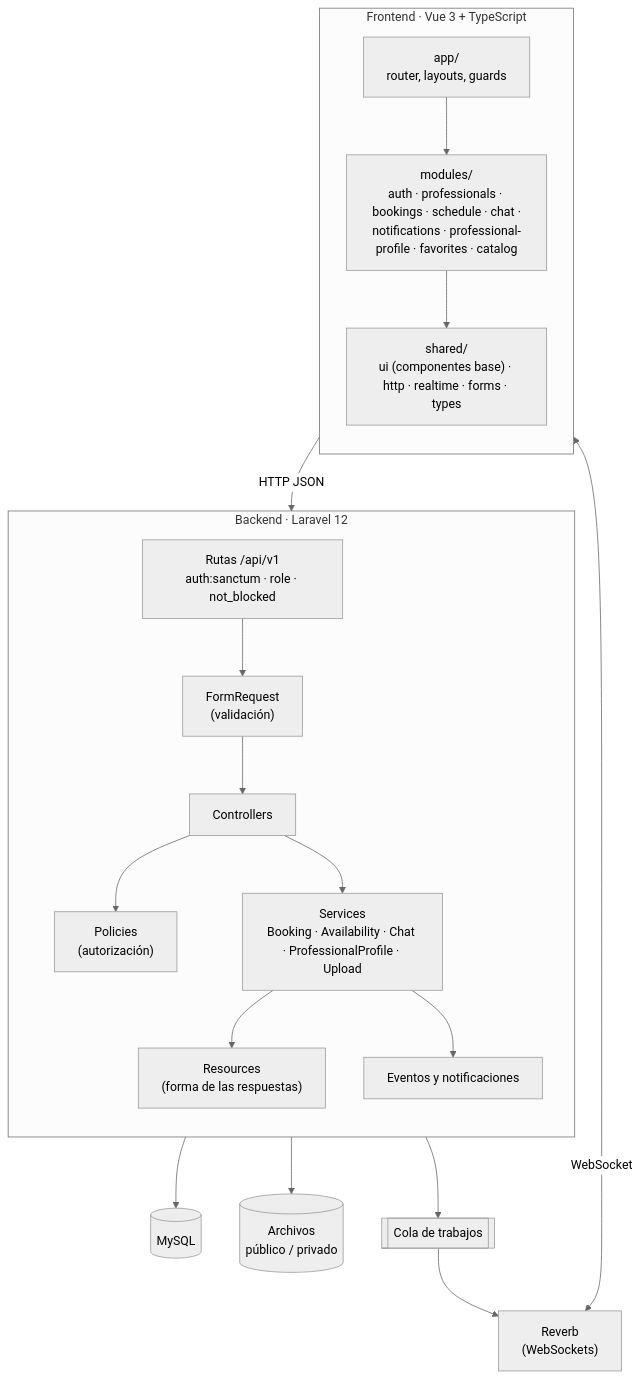
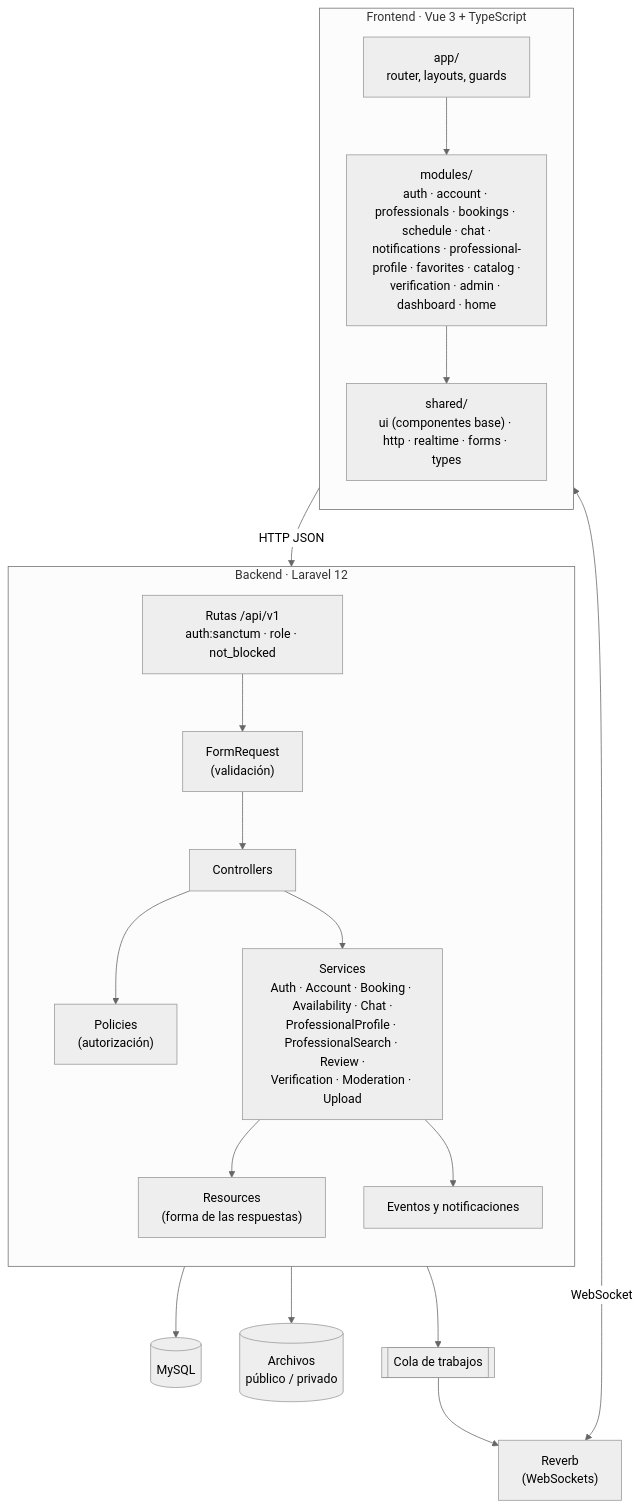
One commit to LordCasta/maestros_a_un_clic_backend changed diagram 11 of 12 in docs/proyecto/03-diagramas.md. Above: the diagram before and after it, drawn with Mermaid (neutral theme). The commit also changed 14 other files, not shown here.

````diff
--- a/docs/proyecto/03-diagramas.md
+++ b/docs/proyecto/03-diagramas.md
@@ -385,36 +385,36 @@
 ```mermaid
 flowchart TB
     subgraph front["Frontend · Vue 3 + TypeScript"]
         direction TB
         app["app/<br/>router, layouts, guards"]
-        modules["modules/<br/>auth · professionals · bookings · schedule · chat ·<br/>notifications · professional-profile · favorites · catalog"]
+        modules["modules/<br/>auth · account · professionals · bookings · schedule · chat ·<br/>notifications · professional-profile · favorites · catalog ·<br/>verification · admin · dashboard · home"]
         shared["shared/<br/>ui (componentes base) · http · realtime · forms · types"]
         app --> modules --> shared
     end
 
     subgraph back["Backend · Laravel 12"]
         direction TB
         routes["Rutas /api/v1<br/>auth:sanctum · role · not_blocked"]
         requests["FormRequest<br/>(validación)"]
         controllers["Controllers"]
         policies["Policies<br/>(autorización)"]
-        services["Services<br/>Booking · Availability · Chat · ProfessionalProfile · Upload"]
+        services["Services<br/>Auth · Account · Booking · Availability · Chat ·<br/>ProfessionalProfile · ProfessionalSearch · Review ·<br/>Verification · Moderation · Upload"]
         resources["Resources<br/>(forma de las respuestas)"]
         events["Eventos y notificaciones"]
         routes --> requests --> controllers
         controllers --> policies
         controllers --> services --> resources
         services --> events
     end
 
     db[("MySQL")]
     files[("Archivos<br/>público / privado")]
     queue[["Cola de trabajos"]]
     reverb["Reverb<br/>(WebSockets)"]
 
     shared -- "HTTP JSON" --> routes
     shared <-- "WebSocket" --> reverb
     services --> db
     services --> files
     events --> queue --> reverb
 ```
````
